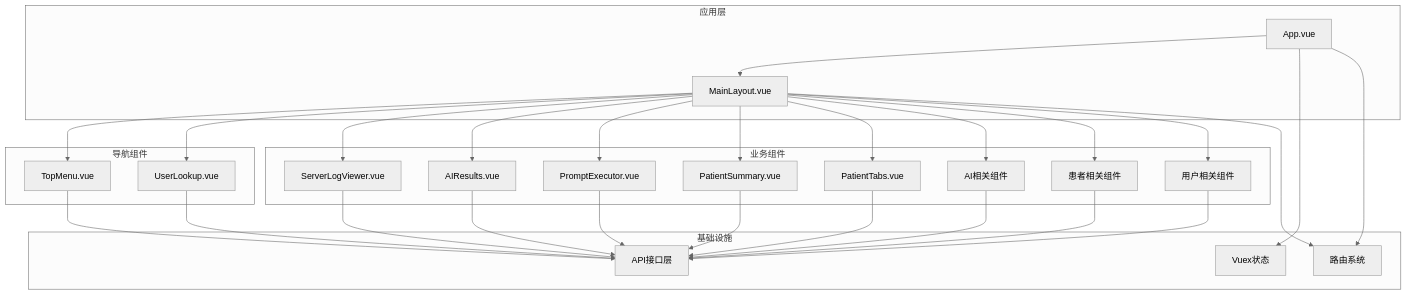
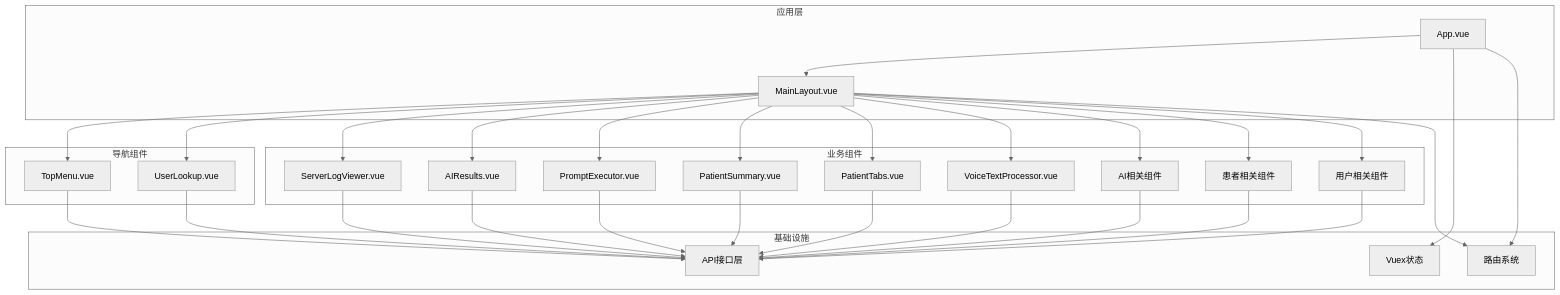
Before and after one commit to liuzh2008/med_ai_assistant_workspace: diagram 21 of 23 in .qoder/repowiki/zh/content/Vue Component Documentation.md, drawn with Mermaid (neutral theme). The commit also changed other lines of this file and 5 other files, not shown here.

````diff
--- a/.qoder/repowiki/zh/content/Vue Component Documentation.md
+++ b/.qoder/repowiki/zh/content/Vue Component Documentation.md
@@ -717,50 +839,53 @@
 ```mermaid
 graph TD
 subgraph "应用层"
 App[App.vue]
 MainLayout[MainLayout.vue]
 end
 subgraph "导航组件"
 TopMenu[TopMenu.vue]
 UserLookup[UserLookup.vue]
 end
 subgraph "业务组件"
 ServerLogViewer[ServerLogViewer.vue]
 AIResults[AIResults.vue]
 PromptExecutor[PromptExecutor.vue]
 PatientSummary[PatientSummary.vue]
 PatientTabs[PatientTabs.vue]
+VoiceTextProcessor[VoiceTextProcessor.vue]
 AIComponents[AI相关组件]
 PatientComponents[患者相关组件]
 UserComponents[用户相关组件]
 end
 subgraph "基础设施"
 API[API接口层]
 Store[Vuex状态]
 Router[路由系统]
 end
 App --> MainLayout
 MainLayout --> TopMenu
 MainLayout --> UserLookup
 MainLayout --> ServerLogViewer
 MainLayout --> AIResults
 MainLayout --> PromptExecutor
 MainLayout --> PatientSummary
 MainLayout --> PatientTabs
+MainLayout --> VoiceTextProcessor
 MainLayout --> AIComponents
 MainLayout --> PatientComponents
 MainLayout --> UserComponents
 TopMenu --> API
 UserLookup --> API
 ServerLogViewer --> API
 AIResults --> API
 PromptExecutor --> API
 PatientSummary --> API
 PatientTabs --> API
+VoiceTextProcessor --> API
 AIComponents --> API
 PatientComponents --> API
 UserComponents --> API
 App --> Store
 App --> Router
 MainLayout --> Router
 ```
````
